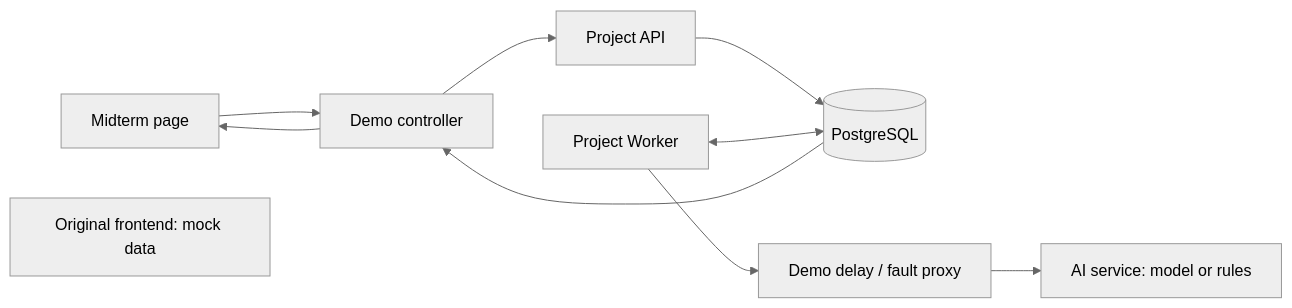
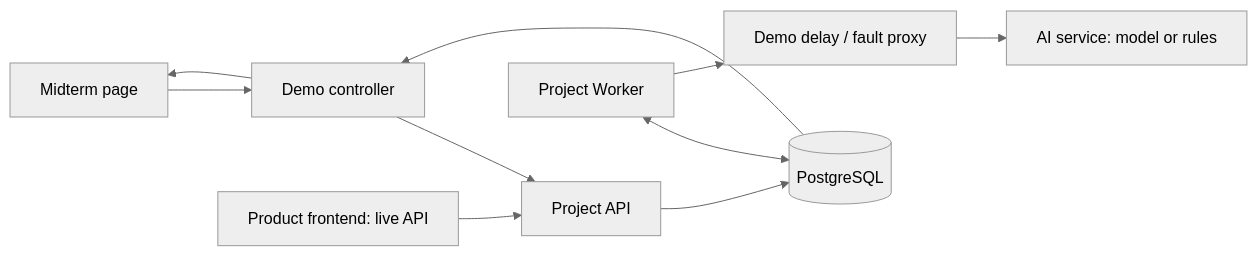
Before and after one commit to Fei-stack-wq/maie6000c-PRI: the first of 6 diagrams in docs/architecture.md, drawn with Mermaid (neutral theme). The commit also changed other lines of this file and 11 other files, not shown here.

Commit message:
Connect product frontend to backend APIs

````diff
--- a/docs/architecture.md
+++ b/docs/architecture.md
@@ -14,12 +14,12 @@
 ```mermaid
 flowchart LR
     Page[Midterm page] --> Presenter[Demo controller]
     Presenter --> API[Project API]
     API --> DB[(PostgreSQL)]
     Worker[Project Worker] <--> DB
     Worker --> Proxy[Demo delay / fault proxy]
     Proxy --> AI[AI service: model or rules]
     DB --> Presenter
     Presenter --> Page
-    Original[Original frontend: mock data]
+    Original[Product frontend: live API] --> API
 ```
````
